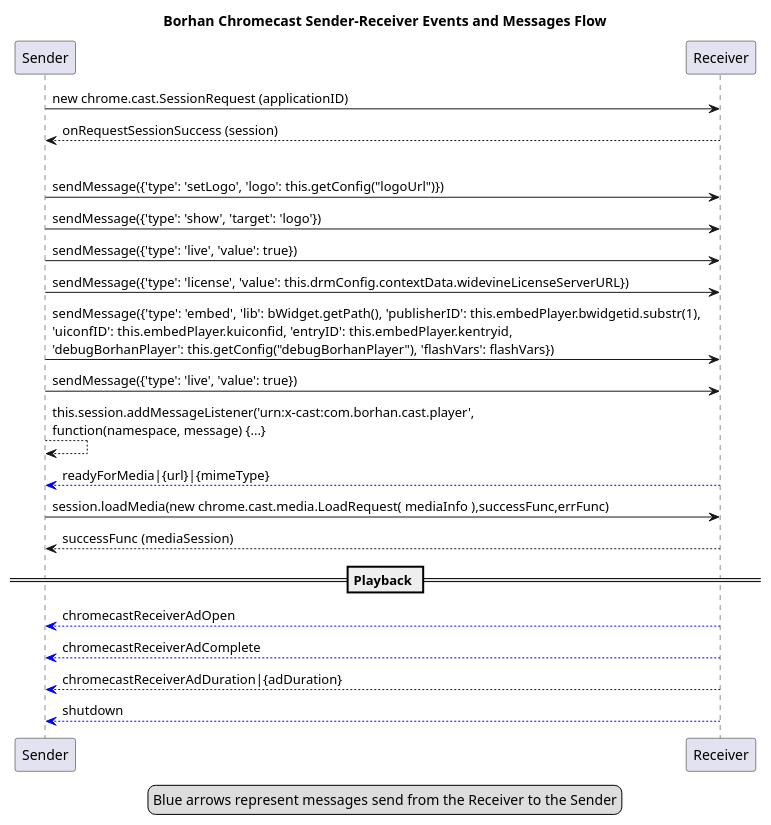
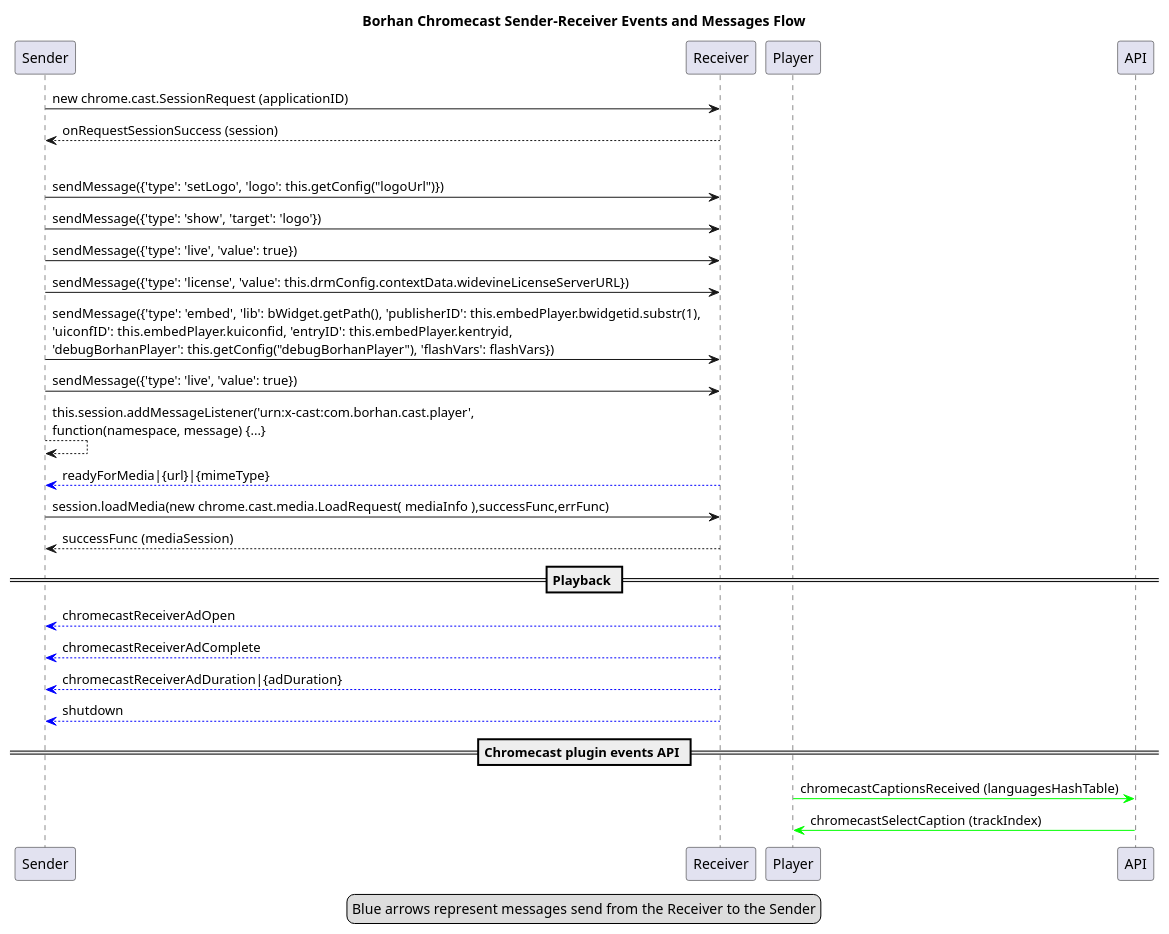
The diagram in modules/Chromecast/Chromecast-flow.puml (TasvirChi/mwEmbed), drawn with PlantUML before and after one commit. The commit also changed 33 other files, not shown here.

```diff
--- a/modules/Chromecast/Chromecast-flow.puml
+++ b/modules/Chromecast/Chromecast-flow.puml
@@ -1,25 +1,28 @@
 @startuml
 title Borhan Chromecast Sender-Receiver Events and Messages Flow
 Sender -> Receiver: new chrome.cast.SessionRequest (applicationID)
 Receiver --> Sender: onRequestSessionSuccess (session)
 |||
 Sender -> Receiver: sendMessage({'type': 'setLogo', 'logo': this.getConfig("logoUrl")})
 Sender -> Receiver: sendMessage({'type': 'show', 'target': 'logo'})
 Sender -> Receiver: sendMessage({'type': 'live', 'value': true})
 Sender -> Receiver: sendMessage({'type': 'license', 'value': this.drmConfig.contextData.widevineLicenseServerURL})
 Sender -> Receiver: sendMessage({'type': 'embed', 'lib': bWidget.getPath(), 'publisherID': this.embedPlayer.bwidgetid.substr(1), \n'uiconfID': this.embedPlayer.kuiconfid, 'entryID': this.embedPlayer.kentryid, \n'debugBorhanPlayer': this.getConfig("debugBorhanPlayer"), 'flashVars': flashVars})
 Sender -> Receiver: sendMessage({'type': 'live', 'value': true})
 Sender --> Sender: this.session.addMessageListener('urn:x-cast:com.borhan.cast.player', \nfunction(namespace, message) {...}
 Receiver -[#0000FF]-> Sender: readyForMedia|{url}|{mimeType}
 Sender -> Receiver: session.loadMedia(new chrome.cast.media.LoadRequest( mediaInfo ),successFunc,errFunc)
 Receiver --> Sender: successFunc (mediaSession)
 == Playback ==
 Receiver -[#0000FF]-> Sender: chromecastReceiverAdOpen
 Receiver -[#0000FF]-> Sender: chromecastReceiverAdComplete
 Receiver -[#0000FF]-> Sender: chromecastReceiverAdDuration|{adDuration}
 Receiver -[#0000FF]-> Sender: shutdown
+== Chromecast plugin events API ==
+Player -[#00FF00]> API: chromecastCaptionsReceived (languagesHashTable)
+API -[#00FF00]> Player: chromecastSelectCaption (trackIndex)
 legend center
   Blue arrows represent messages send from the Receiver to the Sender
 endlegend
 
 @enduml
```
